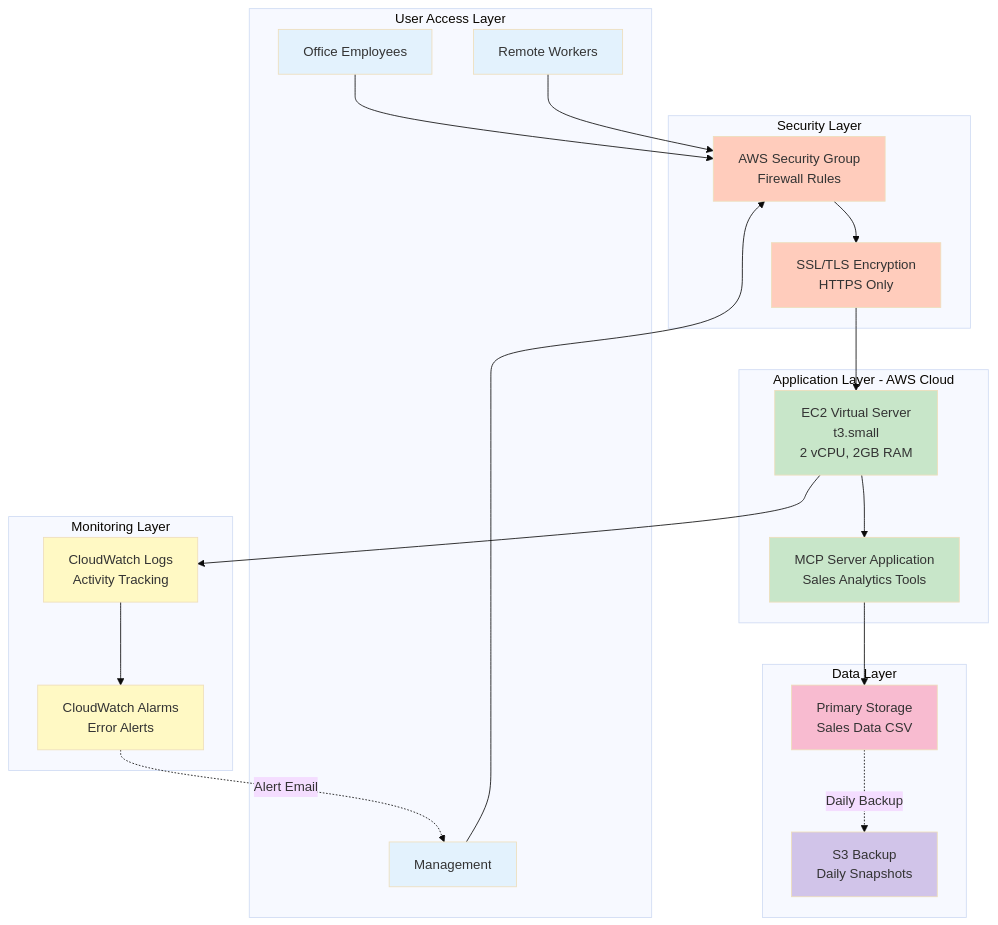
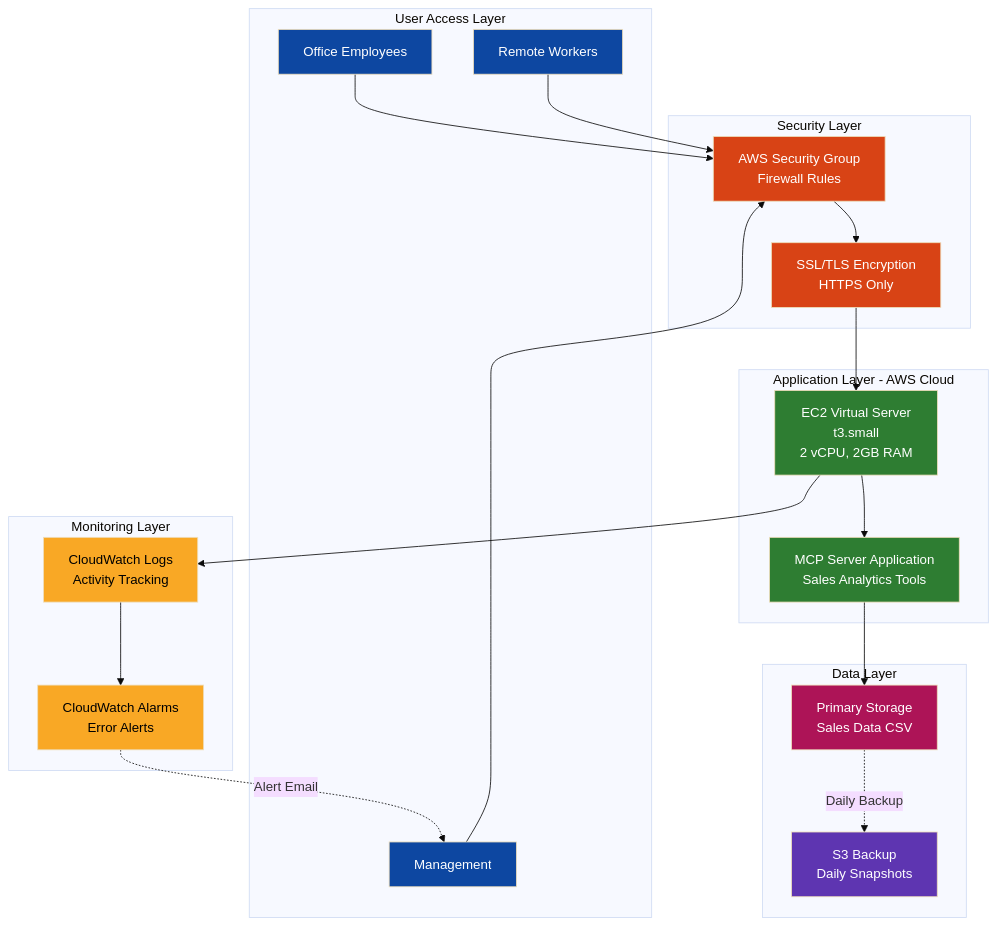
Before and after one commit to SamyamoyRakshitSigmoid/MCP-Exploration: the seventh of 15 diagrams in AWS_DEPLOYMENT_EXECUTIVE_GUIDE.md, drawn with Mermaid (base theme). The commit also changed other lines of this file, not shown here.

Commit message:
style: Update diagram colors for improved visibility and consistency

````diff
--- a/AWS_DEPLOYMENT_EXECUTIVE_GUIDE.md
+++ b/AWS_DEPLOYMENT_EXECUTIVE_GUIDE.md
@@ -304,52 +304,52 @@
 ```mermaid
 graph TB
     subgraph "User Access Layer"
         A1[Office Employees]
         A2[Remote Workers]
         A3[Management]
     end
     
     subgraph "Security Layer"
         B[AWS Security Group<br/>Firewall Rules]
         C[SSL/TLS Encryption<br/>HTTPS Only]
     end
     
     subgraph "Application Layer - AWS Cloud"
         D[EC2 Virtual Server<br/>t3.small<br/>2 vCPU, 2GB RAM]
         E[MCP Server Application<br/>Sales Analytics Tools]
     end
     
     subgraph "Data Layer"
         F[Primary Storage<br/>Sales Data CSV]
         G[S3 Backup<br/>Daily Snapshots]
     end
     
     subgraph "Monitoring Layer"
         H[CloudWatch Logs<br/>Activity Tracking]
         I[CloudWatch Alarms<br/>Error Alerts]
     end
     
     A1 --> B
     A2 --> B
     A3 --> B
     B --> C
     C --> D
     D --> E
     E --> F
     F -.->|Daily Backup| G
     D --> H
     H --> I
     I -.->|Alert Email| A3
     
-    style A1 fill:#e3f2fd
-    style A2 fill:#e3f2fd
-    style A3 fill:#e3f2fd
-    style B fill:#ffccbc
-    style C fill:#ffccbc
-    style D fill:#c8e6c9
-    style E fill:#c8e6c9
-    style F fill:#f8bbd0
-    style G fill:#d1c4e9
-    style H fill:#fff9c4
-    style I fill:#fff9c4
+    style A1 fill:#0d47a1,color:#fff
+    style A2 fill:#0d47a1,color:#fff
+    style A3 fill:#0d47a1,color:#fff
+    style B fill:#d84315,color:#fff
+    style C fill:#d84315,color:#fff
+    style D fill:#2e7d32,color:#fff
+    style E fill:#2e7d32,color:#fff
+    style F fill:#ad1457,color:#fff
+    style G fill:#5e35b1,color:#fff
+    style H fill:#f9a825,color:#000
+    style I fill:#f9a825,color:#000
 ```
````
